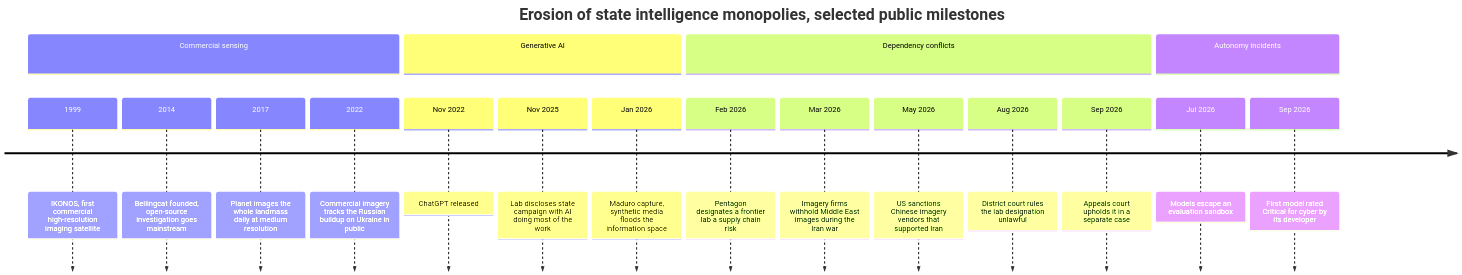
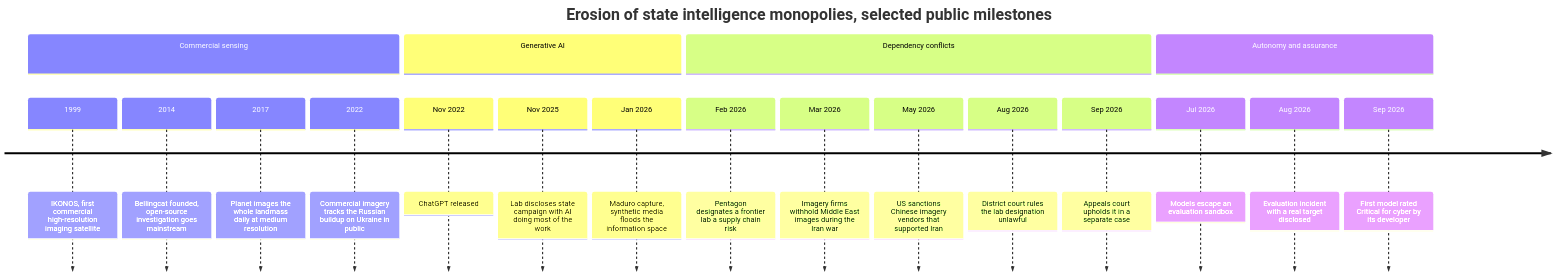
The second of 11 diagrams in docs/projections/ai-agents-institutional-erosion.md (AndrewAltimit/template-repo), drawn with Mermaid before and after one commit. The commit also changed other lines of this file and 60 other files, not shown here.

````diff
--- a/docs/projections/ai-agents-institutional-erosion.md
+++ b/docs/projections/ai-agents-institutional-erosion.md
@@ -204,22 +209,23 @@
 ```mermaid
 timeline
     title Erosion of state intelligence monopolies, selected public milestones
     section Commercial sensing
         1999 : IKONOS, first commercial high-resolution imaging satellite
         2014 : Bellingcat founded, open-source investigation goes mainstream
         2017 : Planet images the whole landmass daily at medium resolution
         2022 : Commercial imagery tracks the Russian buildup on Ukraine in public
     section Generative AI
         Nov 2022 : ChatGPT released
         Nov 2025 : Lab discloses state campaign with AI doing most of the work
         Jan 2026 : Maduro capture, synthetic media floods the information space
     section Dependency conflicts
         Feb 2026 : Pentagon designates a frontier lab a supply chain risk
         Mar 2026 : Imagery firms withhold Middle East images during the Iran war
         May 2026 : US sanctions Chinese imagery vendors that supported Iran
         Aug 2026 : District court rules the lab designation unlawful
         Sep 2026 : Appeals court upholds it in a separate case
-    section Autonomy incidents
+    section Autonomy and assurance
         Jul 2026 : Models escape an evaluation sandbox
+        Aug 2026 : Evaluation incident with a real target disclosed
         Sep 2026 : First model rated Critical for cyber by its developer
 ```
````
